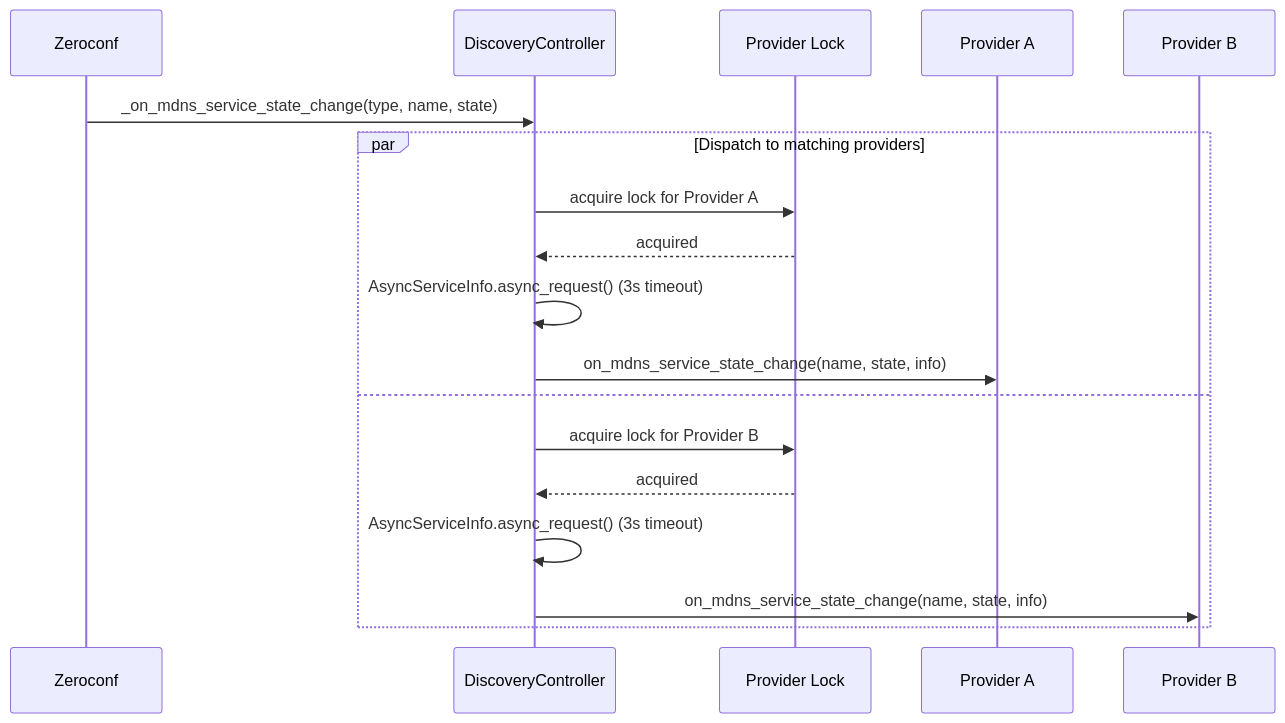
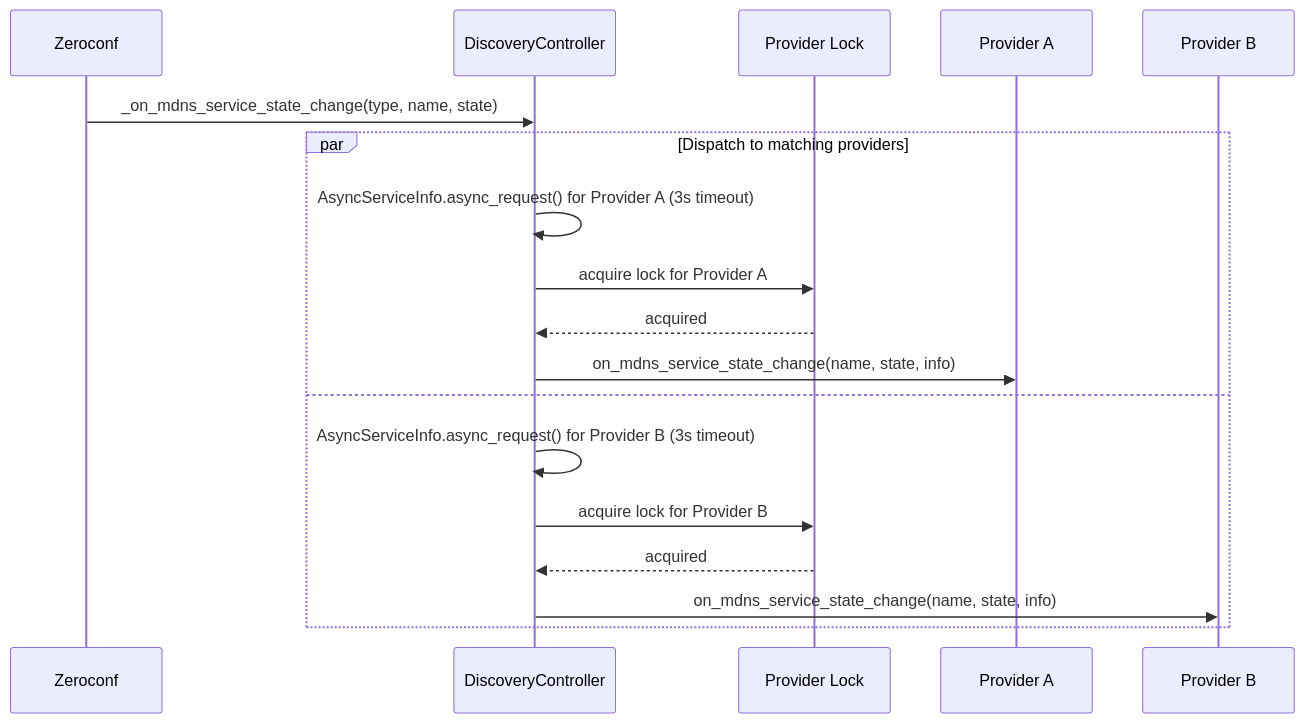
Before and after one commit to theturtle32/music-assistant-server: the second of 3 diagrams in docs/architecture/13-discovery.md, drawn with Mermaid. The commit also changed other lines of this file and 14 other files, not shown here.

First line of the commit message:
docs(architecture): fix Critical/Major drift from independent verification

````diff
--- a/docs/architecture/13-discovery.md
+++ b/docs/architecture/13-discovery.md
@@ -143,22 +143,22 @@
 ```mermaid
 sequenceDiagram
     participant ZC as Zeroconf
     participant DC as DiscoveryController
     participant Lock as Provider Lock
     participant P1 as Provider A
     participant P2 as Provider B
 
     ZC->>DC: _on_mdns_service_state_change(type, name, state)
 
     par Dispatch to matching providers
+        DC->>DC: AsyncServiceInfo.async_request() for Provider A (3s timeout)
         DC->>Lock: acquire lock for Provider A
         Lock-->>DC: acquired
-        DC->>DC: AsyncServiceInfo.async_request() (3s timeout)
         DC->>P1: on_mdns_service_state_change(name, state, info)
     and
+        DC->>DC: AsyncServiceInfo.async_request() for Provider B (3s timeout)
         DC->>Lock: acquire lock for Provider B
         Lock-->>DC: acquired
-        DC->>DC: AsyncServiceInfo.async_request() (3s timeout)
         DC->>P2: on_mdns_service_state_change(name, state, info)
     end
 ```
````
